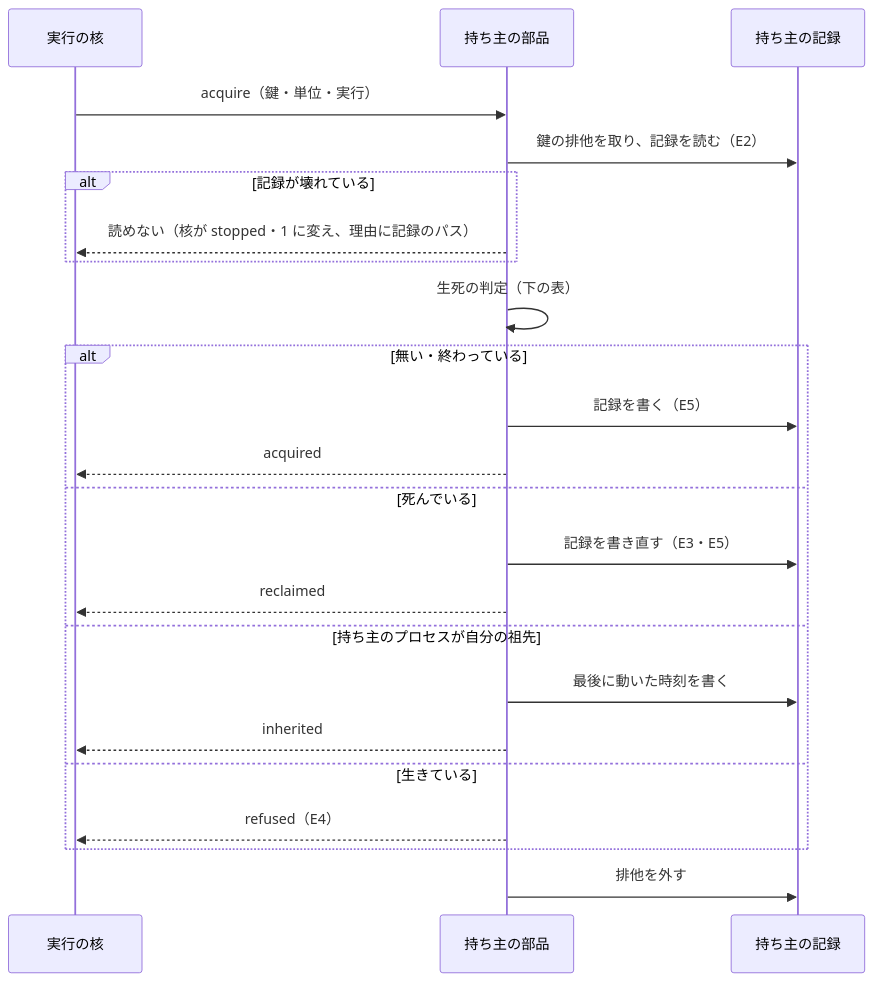
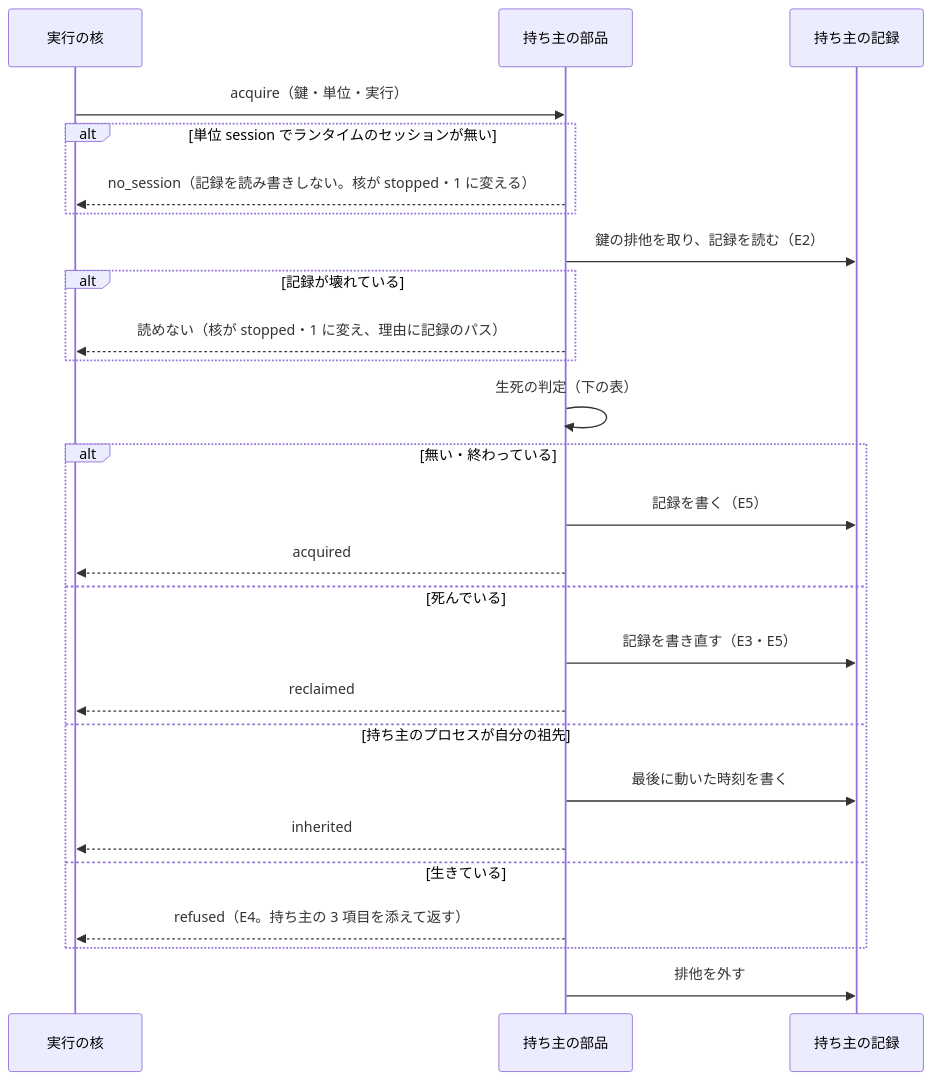
One commit to devbasex/ai-plugins changed the fourth of 7 diagrams in issues/issue-2342-design.md. Above: the diagram before and after it, drawn with Mermaid. The commit also changed other lines of this file and 1 other file, not shown here.

````diff
--- a/issues/issue-2342-design.md
+++ b/issues/issue-2342-design.md
@@ -274,25 +279,28 @@
 ```mermaid
 sequenceDiagram
     participant K as 実行の核
     participant L as 持ち主の部品
     participant F as 持ち主の記録
     K->>L: acquire（鍵・単位・実行）
+    alt 単位 session でランタイムのセッションが無い
+        L-->>K: no_session（記録を読み書きしない。核が stopped・1 に変える）
+    end
     L->>F: 鍵の排他を取り、記録を読む（E2）
     alt 記録が壊れている
         L-->>K: 読めない（核が stopped・1 に変え、理由に記録のパス）
     end
     L->>L: 生死の判定（下の表）
     alt 無い・終わっている
         L->>F: 記録を書く（E5）
         L-->>K: acquired
     else 死んでいる
         L->>F: 記録を書き直す（E3・E5）
         L-->>K: reclaimed
     else 持ち主のプロセスが自分の祖先
         L->>F: 最後に動いた時刻を書く
         L-->>K: inherited
     else 生きている
-        L-->>K: refused（E4）
+        L-->>K: refused（E4。持ち主の 3 項目を添えて返す）
     end
     L->>F: 排他を外す
 ```
````
